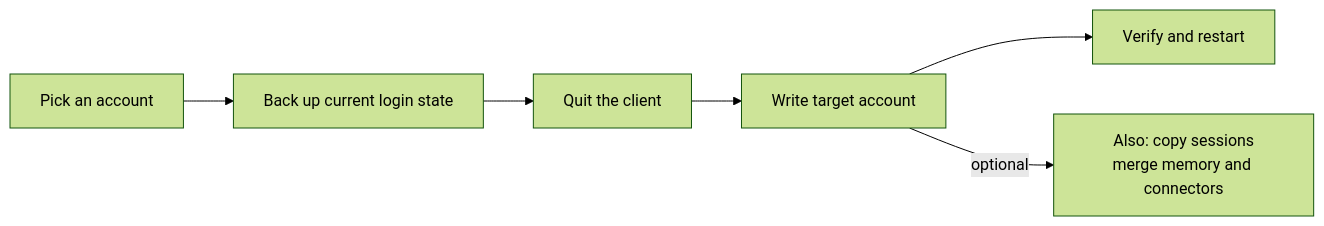
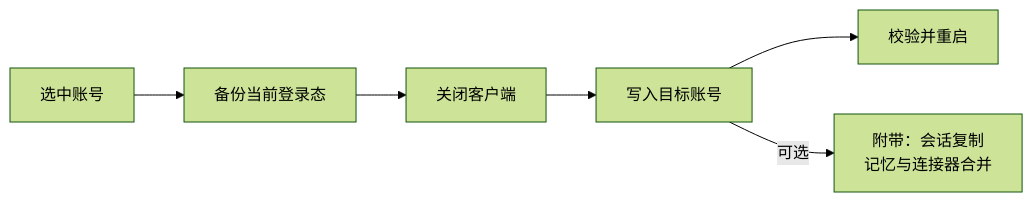
Before and after one commit to LittleOrange-i/trae-workbuddy-switch: the second of 4 diagrams in README.md, drawn with Mermaid (forest theme). The commit also changed other lines of this file and 7 other files, not shown here.

````diff
--- a/README.md
+++ b/README.md
@@ -278,5 +281,5 @@
 ```mermaid
 flowchart LR
-    A["Pick an account"] --> B["Back up current login state"] --> C["Quit the client"] --> D["Write target account"] --> E["Verify and restart"]
-    D -->|"optional"| F["Also: copy sessions<br/>merge memory and connectors"]
+    A["选中账号"] --> B["备份当前登录态"] --> C["关闭客户端"] --> D["写入目标账号"] --> E["校验并重启"]
+    D -->|"可选"| F["附带：会话复制<br/>记忆与连接器合并"]
 ```
````
